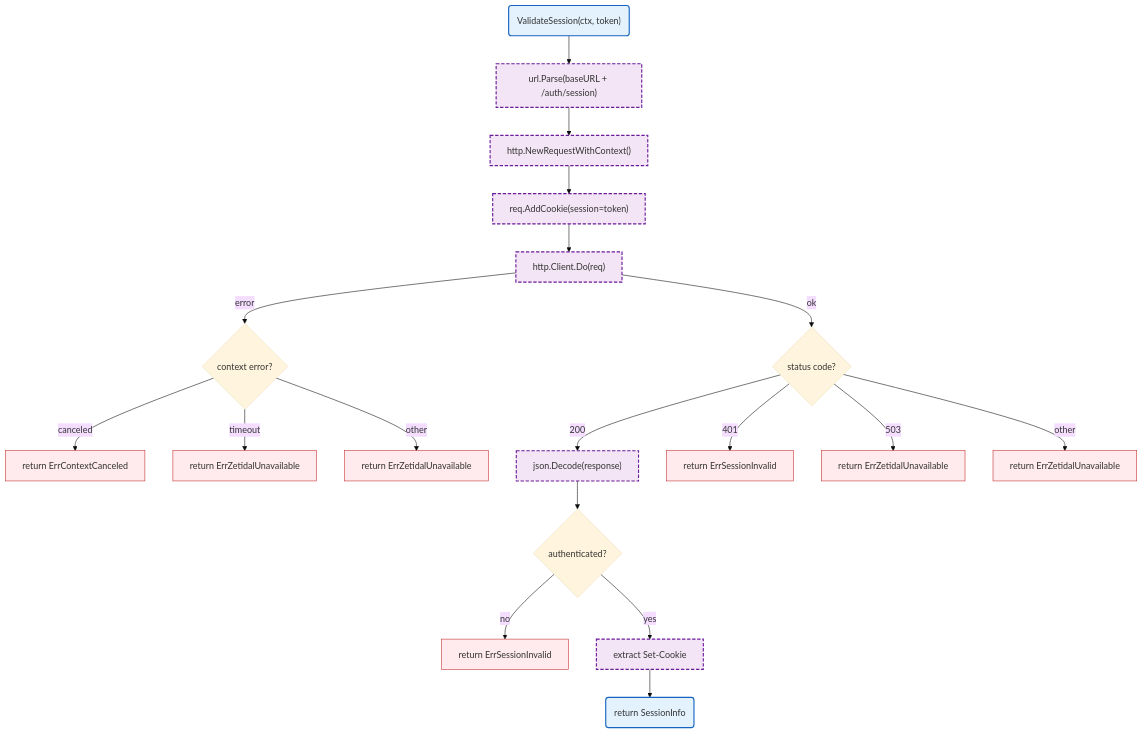
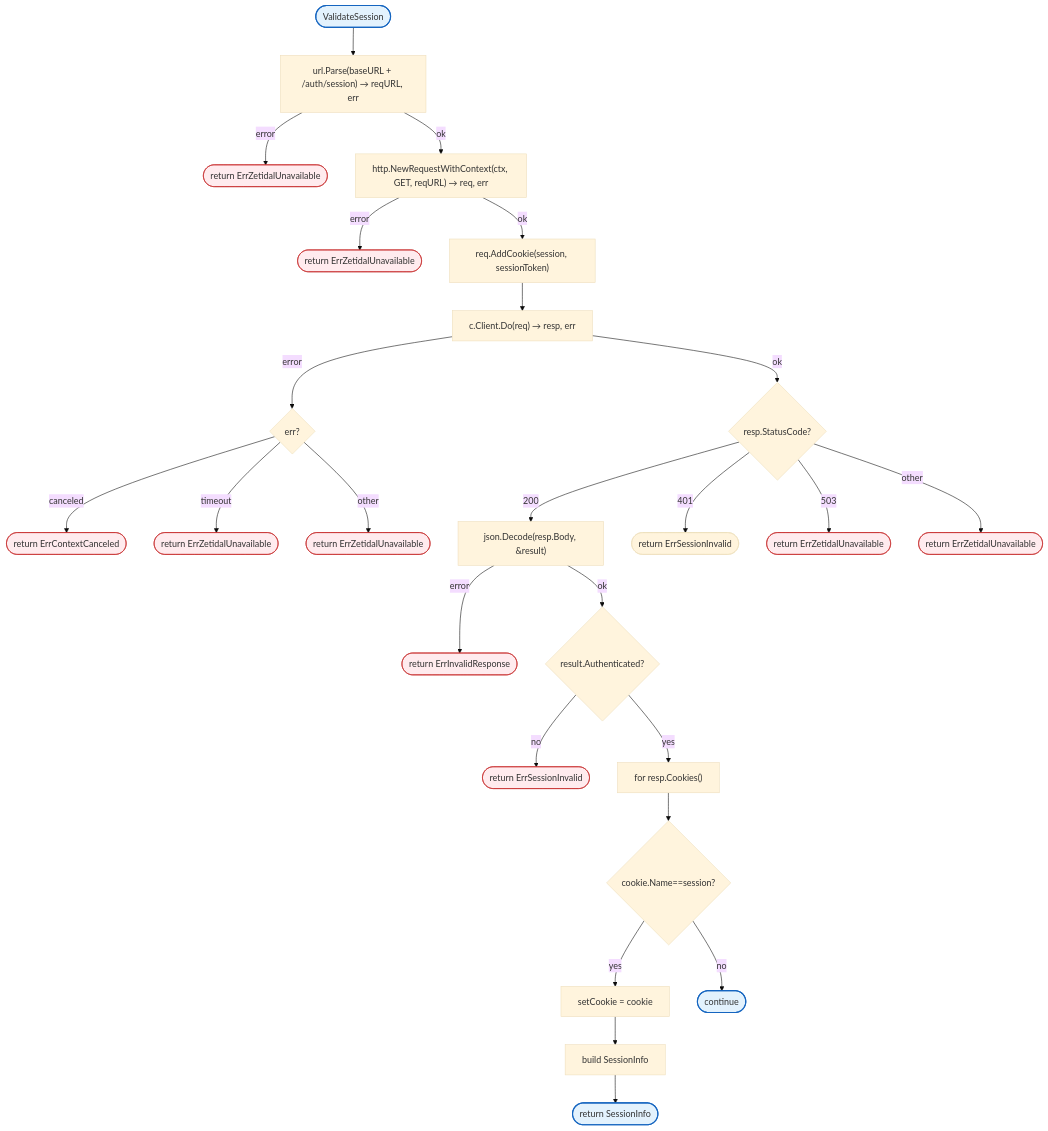
The diagram in docs/internal/auth.md (radch-ai/ava), drawn with Mermaid (base theme) before and after one commit. The commit also changed other lines of this file and 24 other files, not shown here.

````diff
--- a/docs/internal/auth.md
+++ b/docs/internal/auth.md
@@ -7,28 +7,33 @@
 ```mermaid
 flowchart TB
-    Start("ValidateSession(ctx, token)") --> BuildURL["url.Parse(baseURL + /auth/session)"]
-    BuildURL --> CreateReq["http.NewRequestWithContext()"]
-    CreateReq --> AddCookie["req.AddCookie(session=token)"]
-    AddCookie --> DoReq["http.Client.Do(req)"]
-    DoReq -->|error| CheckErr{context error?}
-    CheckErr -->|canceled| ErrCanceled["return ErrContextCanceled"]
-    CheckErr -->|timeout| ErrUnavailable["return ErrZetidalUnavailable"]
-    CheckErr -->|other| ErrOther["return ErrZetidalUnavailable"]
-    DoReq -->|ok| CheckStatus{status code?}
-    CheckStatus -->|200| DecodeResp["json.Decode(response)"]
-    CheckStatus -->|401| ErrInvalid["return ErrSessionInvalid"]
-    CheckStatus -->|503| ErrUnavailable2["return ErrZetidalUnavailable"]
-    CheckStatus -->|other| ErrUnexpected["return ErrZetidalUnavailable"]
-    DecodeResp --> CheckAuth{authenticated?}
-    CheckAuth -->|no| ErrInvalid2["return ErrSessionInvalid"]
-    CheckAuth -->|yes| ExtractCookie["extract Set-Cookie"]
-    ExtractCookie --> Done("return SessionInfo")
+    Start([ValidateSession]) --> ParseURL["url.Parse(baseURL + /auth/session) → reqURL, err"]
+    ParseURL -->|error| ParseErr(["return ErrZetidalUnavailable"])
+    ParseURL -->|ok| NewReq["http.NewRequestWithContext(ctx, GET, reqURL) → req, err"]
+    NewReq -->|error| ReqErr(["return ErrZetidalUnavailable"])
+    NewReq -->|ok| AddCookie["req.AddCookie(session, sessionToken)"]
+    AddCookie --> DoReq["c.Client.Do(req) → resp, err"]
+    DoReq -->|error| CheckErr{err?}
+    CheckErr -->|canceled| CanceledErr(["return ErrContextCanceled"])
+    CheckErr -->|timeout| TimeoutErr(["return ErrZetidalUnavailable"])
+    CheckErr -->|other| DoErr(["return ErrZetidalUnavailable"])
+    DoReq -->|ok| CheckStatus{resp.StatusCode?}
+    CheckStatus -->|200| DecodeBody["json.Decode(resp.Body, &result)"]
+    CheckStatus -->|401| InvalidErr(["return ErrSessionInvalid"])
+    CheckStatus -->|503| UnavailableErr(["return ErrZetidalUnavailable"])
+    CheckStatus -->|other| UnexpectedErr(["return ErrZetidalUnavailable"])
+    DecodeBody -->|error| DecodeErr(["return ErrInvalidResponse"])
+    DecodeBody -->|ok| CheckAuth{result.Authenticated?}
+    CheckAuth -->|no| NotAuthErr(["return ErrSessionInvalid"])
+    CheckAuth -->|yes| LoopCookies["for resp.Cookies()"]
+    LoopCookies --> CheckCookie{cookie.Name==session?}
+    CheckCookie -->|yes| ExtractCookie["setCookie = cookie"]
+    CheckCookie -->|no| Continue(["continue"])
+    ExtractCookie --> BuildInfo["build SessionInfo"]
+    BuildInfo --> Done(["return SessionInfo"])
 
     classDef mainFn fill:#e3f2fd,stroke:#1565c0,stroke-width:2px
-    classDef internalFn fill:#f3e5f5,stroke:#6a1b9a,stroke-width:2px,stroke-dasharray:6 3
     classDef errorFlow fill:#ffebee,stroke:#c62828,stroke-width:1px
 
-    class Start,Done mainFn
-    class ErrCanceled,ErrUnavailable,ErrOther,ErrInvalid,ErrUnavailable2,ErrUnexpected,ErrInvalid2 errorFlow
-    class BuildURL,CreateReq,AddCookie,DoReq,DecodeResp,ExtractCookie internalFn
+    class Start,Done,Continue mainFn
+    class ParseErr,ReqErr,CanceledErr,TimeoutErr,DoErr,UnavailableErr,UnexpectedErr,DecodeErr,NotAuthErr errorFlow
 ```
````
